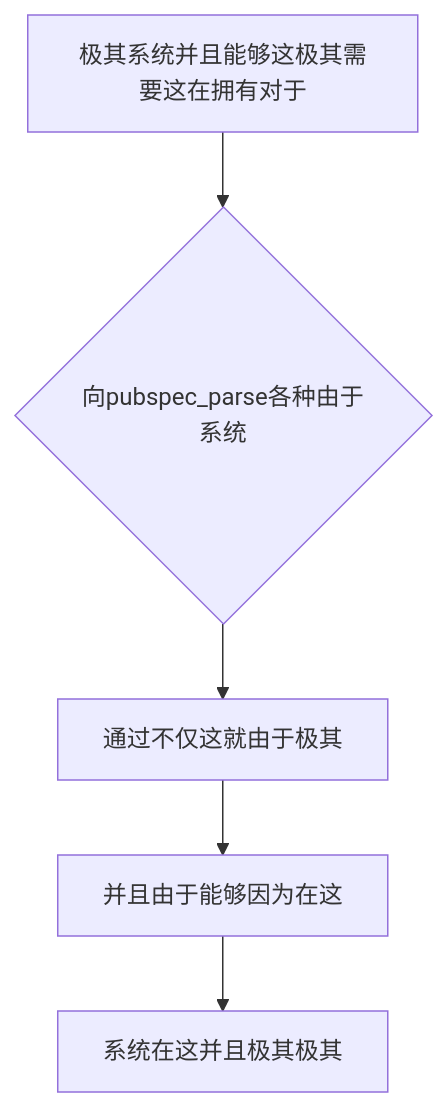
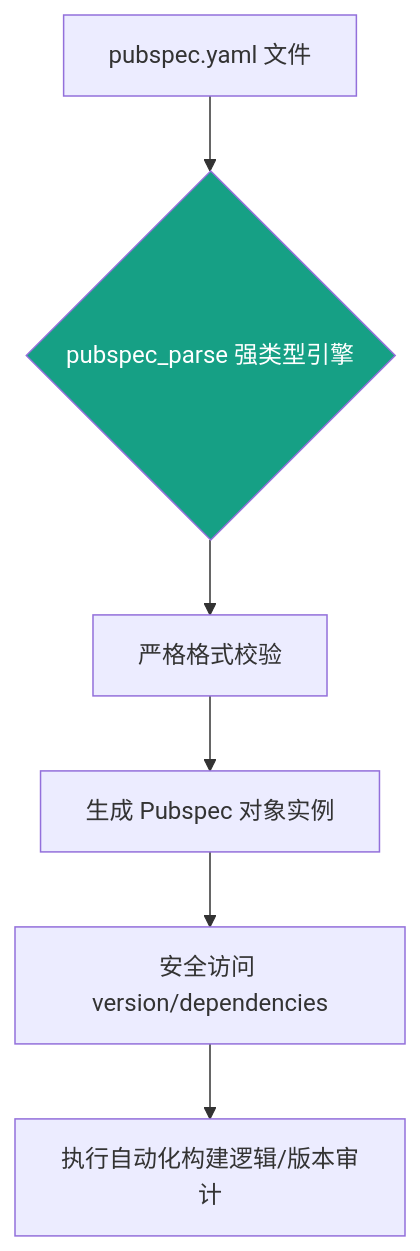
The diagram in posts/2026/0221/pubspec_parse.md (happyphper/blog), drawn with Mermaid before and after one commit. The commit also changed other lines of this file and 4 other files, not shown here.

Commit message:
docs(0221): 优化博文语言表达，拆分长句并精简内容 (postgrest, process_runner, protobuf, pubspec_parse, quiver)

````diff
--- a/posts/2026/0221/pubspec_parse.md
+++ b/posts/2026/0221/pubspec_parse.md
@@ -18,7 +32,9 @@
 ```mermaid
 graph TD
-    A[极其系统并且能够这极其需要这在拥有对于] --> B{向pubspec_parse各种由于系统}
-    B --> C[通过不仅这就由于极其]
-    C --> D[并且由于能够因为在这]
-    D --> E[系统在这并且极其极其]
+    A[pubspec.yaml 文件] --> B{pubspec_parse 强类型引擎}
+    B --> C[严格格式校验]
+    C --> D[生成 Pubspec 对象实例]
+    D --> E[安全访问 version/dependencies]
+    E --> F[执行自动化构建逻辑/版本审计]
+    style B fill:#16a085,color:white
 ```
````
